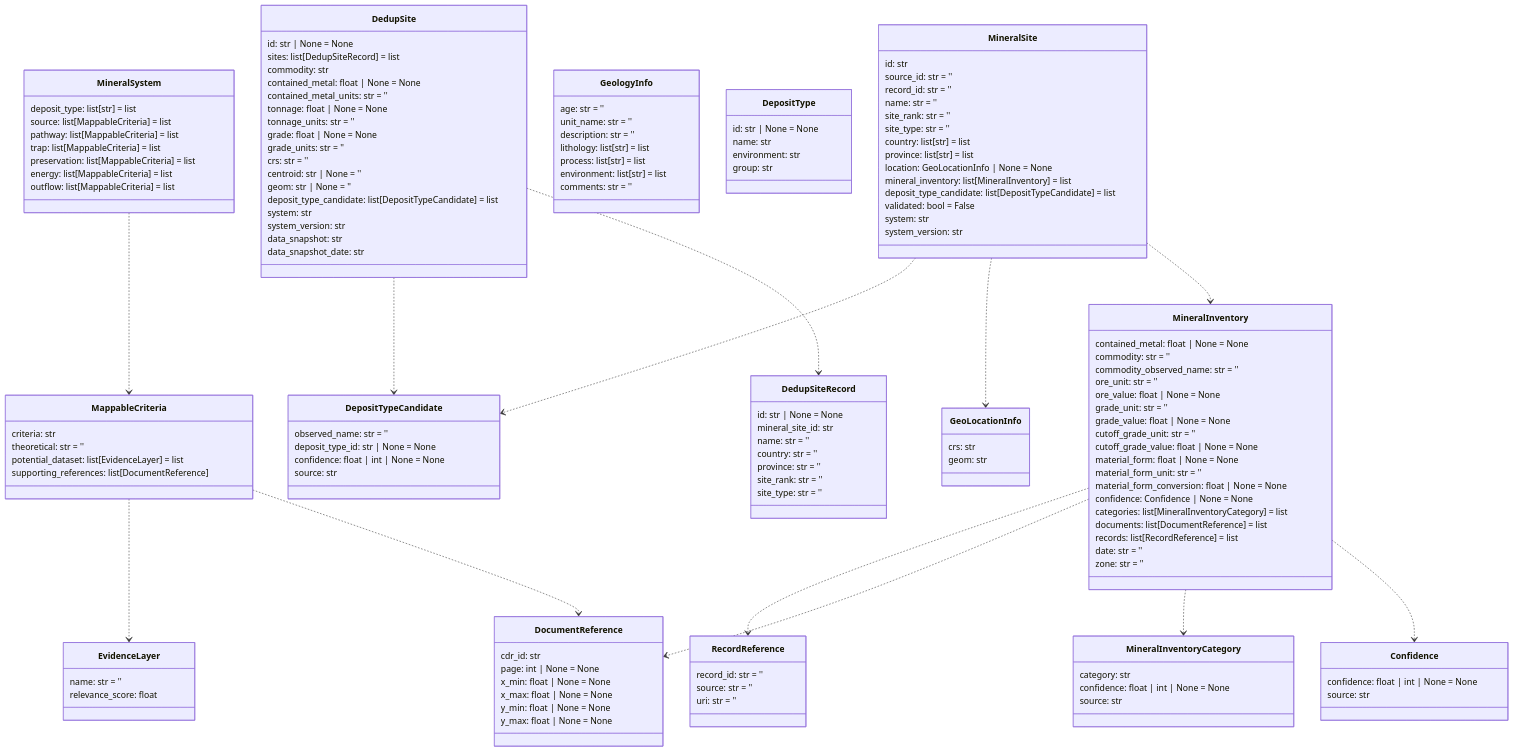
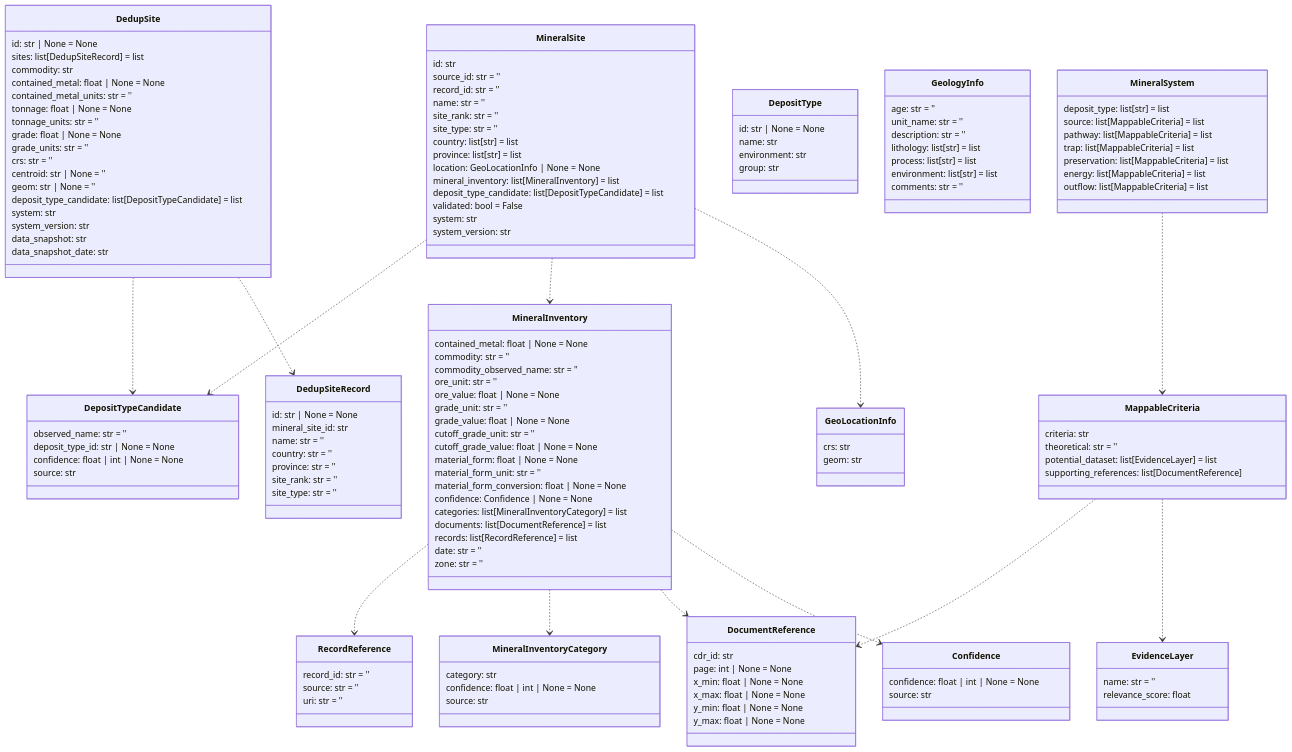
The tenth of 14 diagrams in README.md (DARPA-CRITICALMAAS/cdr_schemas), drawn with Mermaid before and after one commit. The commit also changed other lines of this file and 2 other files, not shown here.

````diff
--- a/README.md
+++ b/README.md
@@ -766,10 +766,20 @@
 ```mermaid
 classDiagram
 
-    class RecordReference {
-        record_id: str = ''
-        source: str = ''
-        uri: str = ''
+    class DepositTypeCandidate {
+        observed_name: str = ''
+        deposit_type_id: str | None = None
+        confidence: float | int | None = None
+        source: str
+    }
+
+    class DocumentReference {
+        cdr_id: str
+        page: int | None = None
+        x_min: float | None = None
+        x_max: float | None = None
+        y_min: float | None = None
+        y_max: float | None = None
     }
 
     class MineralSite {
@@ -787,64 +797,6 @@
         validated: bool = False
         system: str
         system_version: str
-    }
-
-    class DedupSite {
-        id: str | None = None
-        sites: list[DedupSiteRecord] = list
-        commodity: str
-        contained_metal: float | None = None
-        contained_metal_units: str = ''
-        tonnage: float | None = None
-        tonnage_units: str = ''
-        grade: float | None = None
-        grade_units: str = ''
-        crs: str = ''
-        centroid: str | None = ''
-        geom: str | None = ''
-        deposit_type_candidate: list[DepositTypeCandidate] = list
-        system: str
-        system_version: str
-        data_snapshot: str
-        data_snapshot_date: str
-    }
-
-    class MappableCriteria {
-        criteria: str
-        theoretical: str = ''
-        potential_dataset: list[EvidenceLayer] = list
-        supporting_references: list[DocumentReference]
-    }
-
-    class GeologyInfo {
-        age: str = ''
-        unit_name: str = ''
-        description: str = ''
-        lithology: list[str] = list
-        process: list[str] = list
-        environment: list[str] = list
-        comments: str = ''
-    }
-
-    class DedupSiteRecord {
-        id: str | None = None
-        mineral_site_id: str
-        name: str = ''
-        country: str = ''
-        province: str = ''
-        site_rank: str = ''
-        site_type: str = ''
-    }
-
-    class Confidence {
-        confidence: float | int | None = None
-        source: str
-    }
-
-    class MineralInventoryCategory {
-        category: str
-        confidence: float | int | None = None
-        source: str
     }
 
     class MineralInventory {
@@ -868,25 +820,24 @@
         zone: str = ''
     }
 
-    class GeoLocationInfo {
-        crs: str
-        geom: str
-    }
-
-    class DocumentReference {
-        cdr_id: str
-        page: int | None = None
-        x_min: float | None = None
-        x_max: float | None = None
-        y_min: float | None = None
-        y_max: float | None = None
-    }
-
-    class DepositTypeCandidate {
-        observed_name: str = ''
-        deposit_type_id: str | None = None
-        confidence: float | int | None = None
-        source: str
+    class DedupSite {
+        id: str | None = None
+        sites: list[DedupSiteRecord] = list
+        commodity: str
+        contained_metal: float | None = None
+        contained_metal_units: str = ''
+        tonnage: float | None = None
+        tonnage_units: str = ''
+        grade: float | None = None
+        grade_units: str = ''
+        crs: str = ''
+        centroid: str | None = ''
+        geom: str | None = ''
+        deposit_type_candidate: list[DepositTypeCandidate] = list
+        system: str
+        system_version: str
+        data_snapshot: str
+        data_snapshot_date: str
     }
 
     class DepositType {
@@ -894,6 +845,55 @@
         name: str
         environment: str
         group: str
+    }
+
+    class RecordReference {
+        record_id: str = ''
+        source: str = ''
+        uri: str = ''
+    }
+
+    class DedupSiteRecord {
+        id: str | None = None
+        mineral_site_id: str
+        name: str = ''
+        country: str = ''
+        province: str = ''
+        site_rank: str = ''
+        site_type: str = ''
+    }
+
+    class Confidence {
+        confidence: float | int | None = None
+        source: str
+    }
+
+    class GeologyInfo {
+        age: str = ''
+        unit_name: str = ''
+        description: str = ''
+        lithology: list[str] = list
+        process: list[str] = list
+        environment: list[str] = list
+        comments: str = ''
+    }
+
+    class MappableCriteria {
+        criteria: str
+        theoretical: str = ''
+        potential_dataset: list[EvidenceLayer] = list
+        supporting_references: list[DocumentReference]
+    }
+
+    class MineralInventoryCategory {
+        category: str
+        confidence: float | int | None = None
+        source: str
+    }
+
+    class GeoLocationInfo {
+        crs: str
+        geom: str
     }
 
     class MineralSystem {
@@ -914,15 +914,15 @@
     MappableCriteria ..> DocumentReference
     MappableCriteria ..> EvidenceLayer
     MineralSystem ..> MappableCriteria
-    MineralInventory ..> Confidence
+    MineralInventory ..> RecordReference
     MineralInventory ..> MineralInventoryCategory
     MineralInventory ..> DocumentReference
-    MineralInventory ..> RecordReference
+    MineralInventory ..> Confidence
+    MineralSite ..> DepositTypeCandidate
     MineralSite ..> MineralInventory
     MineralSite ..> GeoLocationInfo
-    MineralSite ..> DepositTypeCandidate
+    DedupSite ..> DepositTypeCandidate
     DedupSite ..> DedupSiteRecord
-    DedupSite ..> DepositTypeCandidate
 
 
 ```
````
